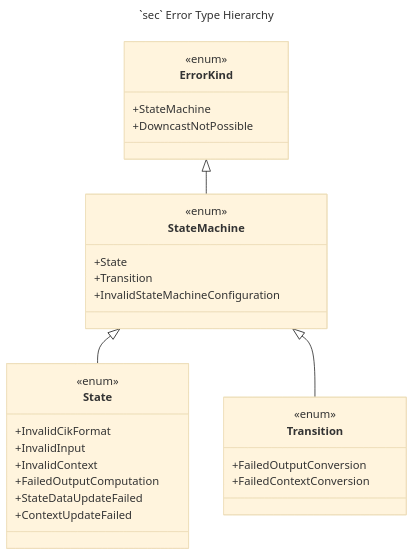
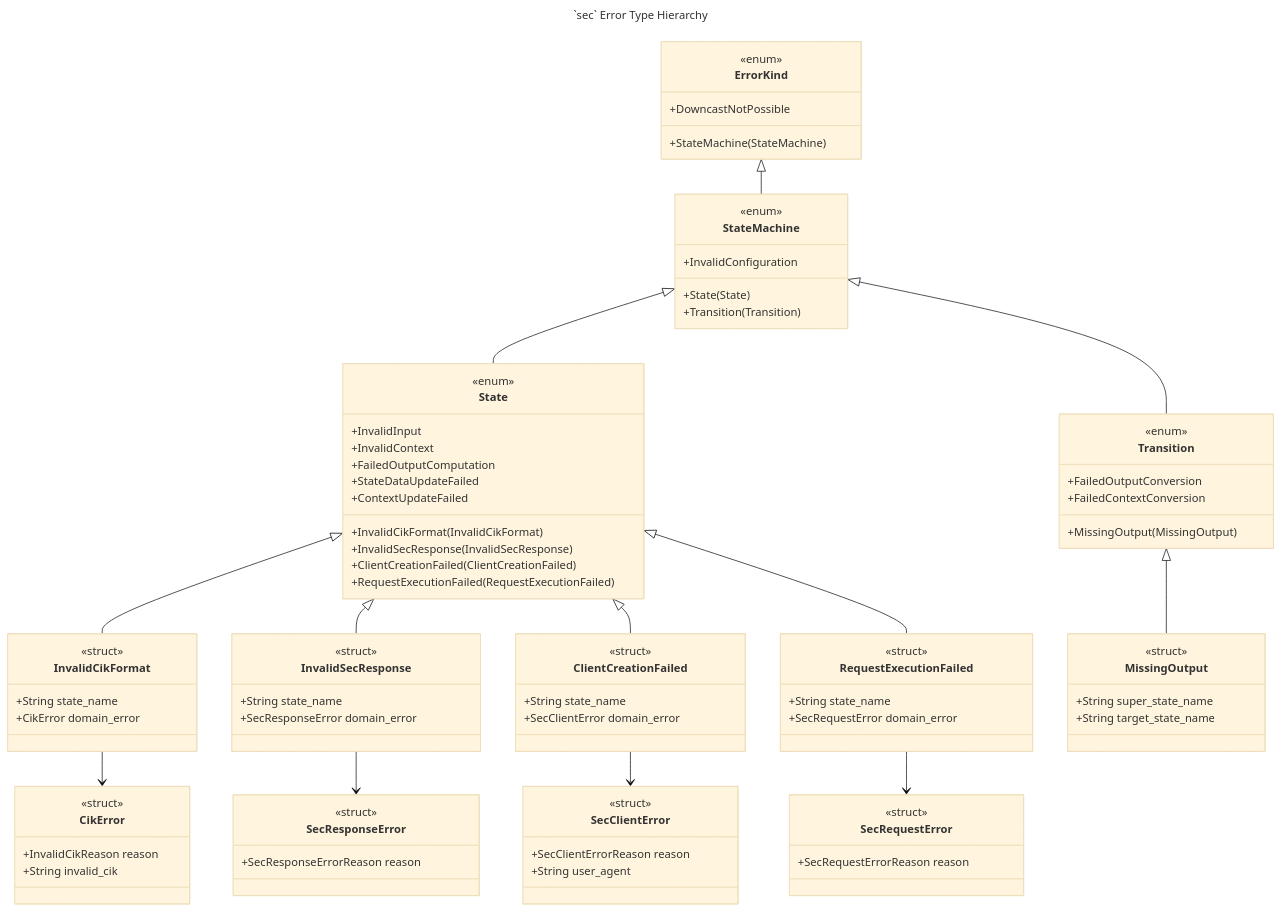
The diagram in sec/design/uml_class_diagram/sec_error_handling.md (ironcapitaleu/arkad), drawn with Mermaid (base theme) before and after one commit.

Commit message:
refactor: update class diagram to reflect new error types

````diff
--- a/sec/design/uml_class_diagram/sec_error_handling.md
+++ b/sec/design/uml_class_diagram/sec_error_handling.md
@@ -5,15 +5,26 @@
 classDiagram
     class ErrorKind{
         <<enum>>
-        %% This is an enum that represents all kinds of errors that are expected in the `sec`package.
-        +StateMachine
+        %% Top-level error enum for all SEC state machine errors
+        +StateMachine(StateMachine)
         +DowncastNotPossible
+    }
+
+    class StateMachine{
+        <<enum>>
+        %% Errors during state machine execution
+        +State(State)
+        +Transition(Transition)
+        +InvalidConfiguration
     }
 
     class State {
         <<enum>>
-        %% This is an enum that represents an error in the `sec` package that is caused by a computation that has been done internally inside a `State` in the `StateMachine`.
-        +InvalidCikFormat
+        %% Errors from internal state operations
+        +InvalidCikFormat(InvalidCikFormat)
+        +InvalidSecResponse(InvalidSecResponse)
+        +ClientCreationFailed(ClientCreationFailed)
+        +RequestExecutionFailed(RequestExecutionFailed)
         +InvalidInput
         +InvalidContext
         +FailedOutputComputation
@@ -21,25 +32,92 @@
         +ContextUpdateFailed
     }
 
-
     class Transition {
         <<enum>>
-        %% This is an enum that represents an error which occured during the transition from one `State` in the `StateMachine`to another `State`.
+        %% Errors during state transitions
+        +MissingOutput(MissingOutput)
         +FailedOutputConversion
         +FailedContextConversion
     }
 
-    class StateMachine{
-        <<enum>>
-        %% This is an enum that represents an error which occured during the execution of a `StateMachine`. It can either be attributed to a specific `State` computation, a `Transition` between States or a general misconfiguration of the `StateMachine`.
-        +State
-        +Transition
-        +InvalidStateMachineConfiguration
+    class InvalidCikFormat{
+        <<struct>>
+        %% State-level wrapper for CIK validation errors
+        +String state_name
+        +CikError domain_error
     }
 
-    %% Relationships
+    class InvalidSecResponse{
+        <<struct>>
+        %% State-level wrapper for SEC response errors
+        +String state_name
+        +SecResponseError domain_error
+    }
+
+    class ClientCreationFailed{
+        <<struct>>
+        %% State-level wrapper for client creation errors
+        +String state_name
+        +SecClientError domain_error
+    }
+
+    class RequestExecutionFailed{
+        <<struct>>
+        %% State-level wrapper for request execution errors
+        +String state_name
+        +SecRequestError domain_error
+    }
+
+    class MissingOutput{
+        <<struct>>
+        %% Transition-level error for missing output data
+        +String super_state_name
+        +String target_state_name
+    }
+
+    class CikError{
+        <<struct>>
+        %% Domain error for invalid CIK format
+        +InvalidCikReason reason
+        +String invalid_cik
+    }
+
+    class SecResponseError{
+        <<struct>>
+        %% Domain error for SEC response processing
+        +SecResponseErrorReason reason
+    }
+
+    class SecClientError{
+        <<struct>>
+        %% Domain error for SEC client creation
+        +SecClientErrorReason reason
+        +String user_agent
+    }
+
+    class SecRequestError{
+        <<struct>>
+        %% Domain error for SEC request execution
+        +SecRequestErrorReason reason
+    }
+
+    %% Error hierarchy relationships
     ErrorKind <|-- StateMachine
     StateMachine <|-- State
     StateMachine <|-- Transition
     
+    %% State error wraps domain errors
+    State <|-- InvalidCikFormat
+    State <|-- InvalidSecResponse
+    State <|-- ClientCreationFailed
+    State <|-- RequestExecutionFailed
+    
+    %% Transition error wraps specific errors
+    Transition <|-- MissingOutput
+    
+    %% State wrappers contain domain errors
+    InvalidCikFormat --> CikError
+    InvalidSecResponse --> SecResponseError
+    ClientCreationFailed --> SecClientError
+    RequestExecutionFailed --> SecRequestError
 ```
````
